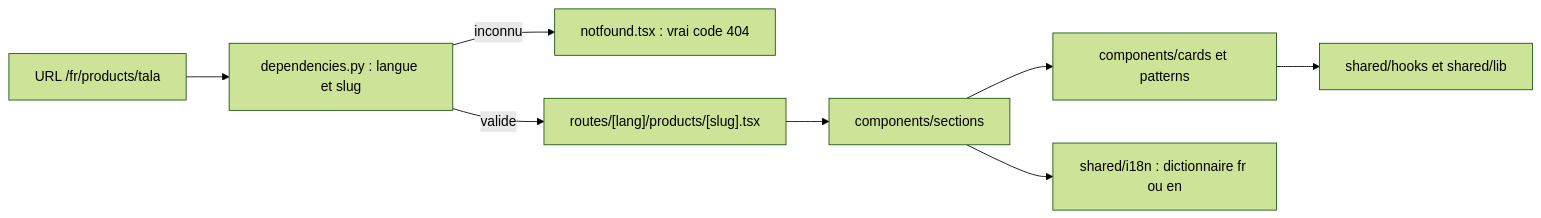
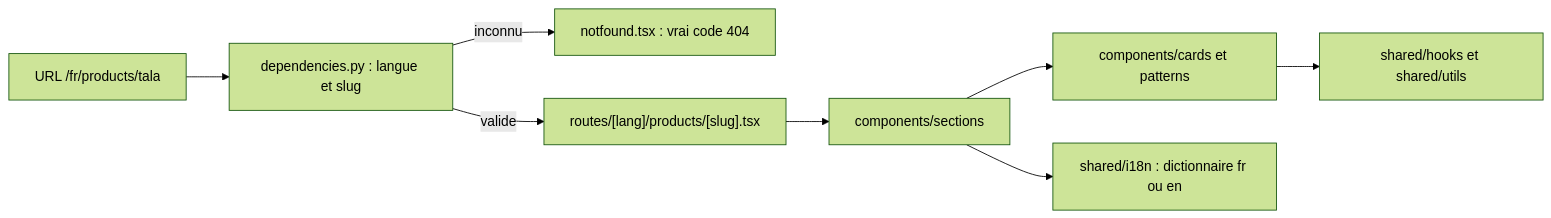
One commit to Luilka/site changed the diagram in docs/Technique/architecture.md. Above: the diagram before and after it, drawn with Mermaid (forest theme). The commit also changed other lines of this file and 8 other files, not shown here.

Commit message:
docs: describe the <name>.<folder> naming and the shared utils folder

````diff
--- a/docs/Technique/architecture.md
+++ b/docs/Technique/architecture.md
@@ -9,10 +9,10 @@
 ```mermaid
 flowchart LR
   U["URL /fr/products/tala"] --> D["dependencies.py : langue et slug"]
   D -->|inconnu| N["notfound.tsx : vrai code 404"]
   D -->|valide| R["routes/[lang]/products/[slug].tsx"]
   R --> S["components/sections"]
   S --> C["components/cards et patterns"]
-  C --> H["shared/hooks et shared/lib"]
+  C --> H["shared/hooks et shared/utils"]
   S --> I["shared/i18n : dictionnaire fr ou en"]
 ```
````
